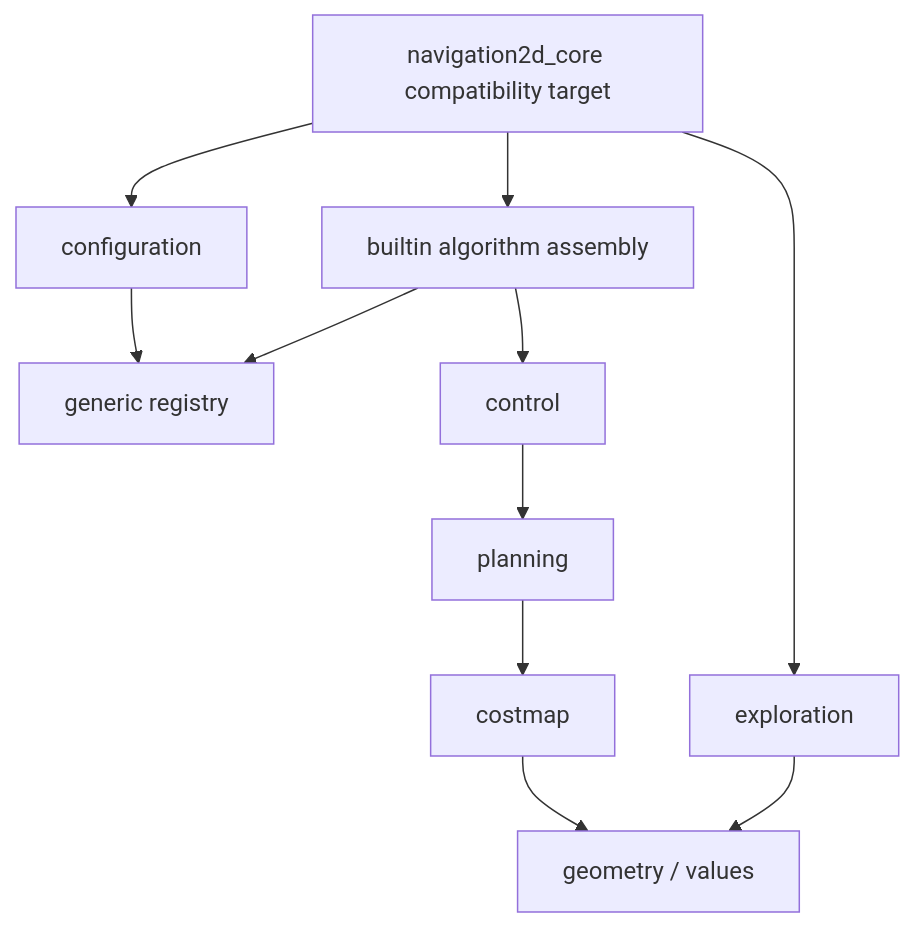
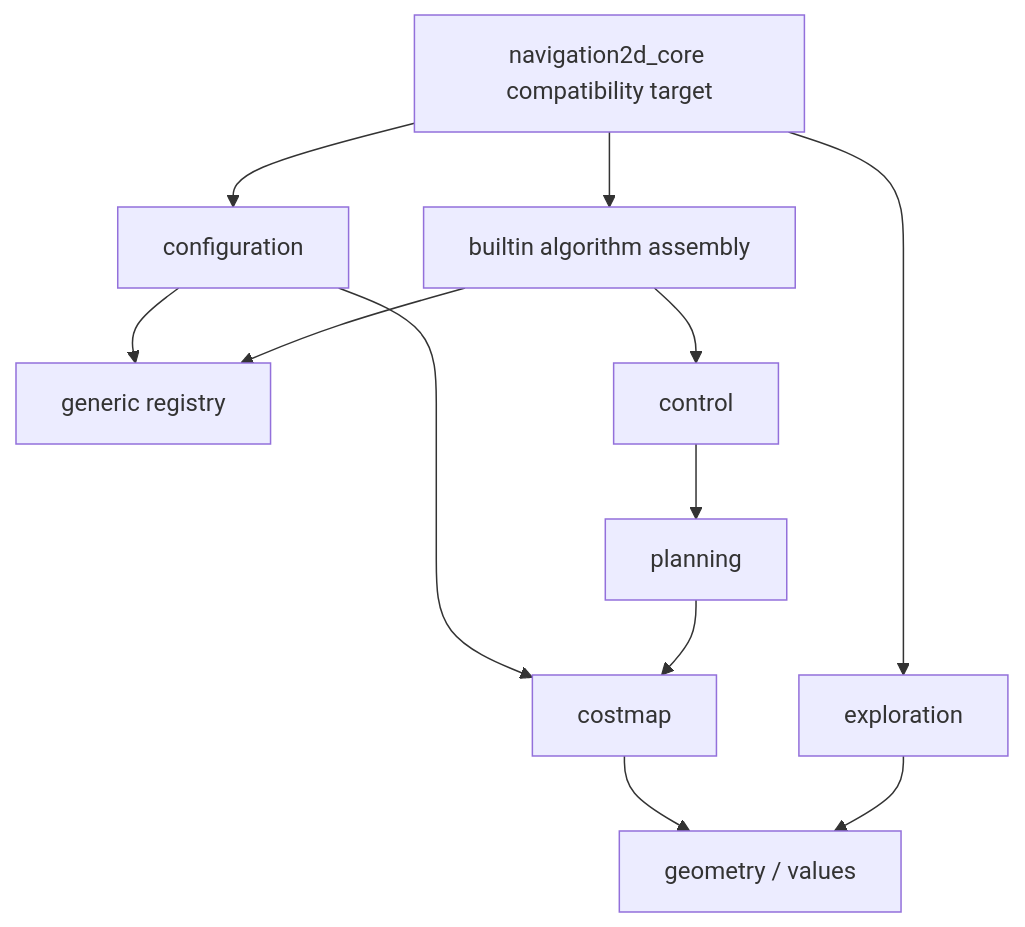
The third of 3 diagrams in doc/MODULES.md (liujiacheng1009/navigation2d), drawn with Mermaid before and after one commit. The commit also changed other lines of this file and 8 other files, not shown here.

````diff
--- a/doc/MODULES.md
+++ b/doc/MODULES.md
@@ -201,13 +201,14 @@
 ```mermaid
 flowchart TD
   Core[navigation2d_core compatibility target] --> Config[configuration]
   Core --> Builtins[builtin algorithm assembly]
   Core --> Explore[exploration]
   Config --> Registry[generic registry]
+  Config --> Map
   Builtins --> Registry
   Builtins --> Control[control]
   Control --> Plan[planning]
   Plan --> Map[costmap]
   Map --> Geometry[geometry / values]
   Explore --> Geometry
 ```
````
